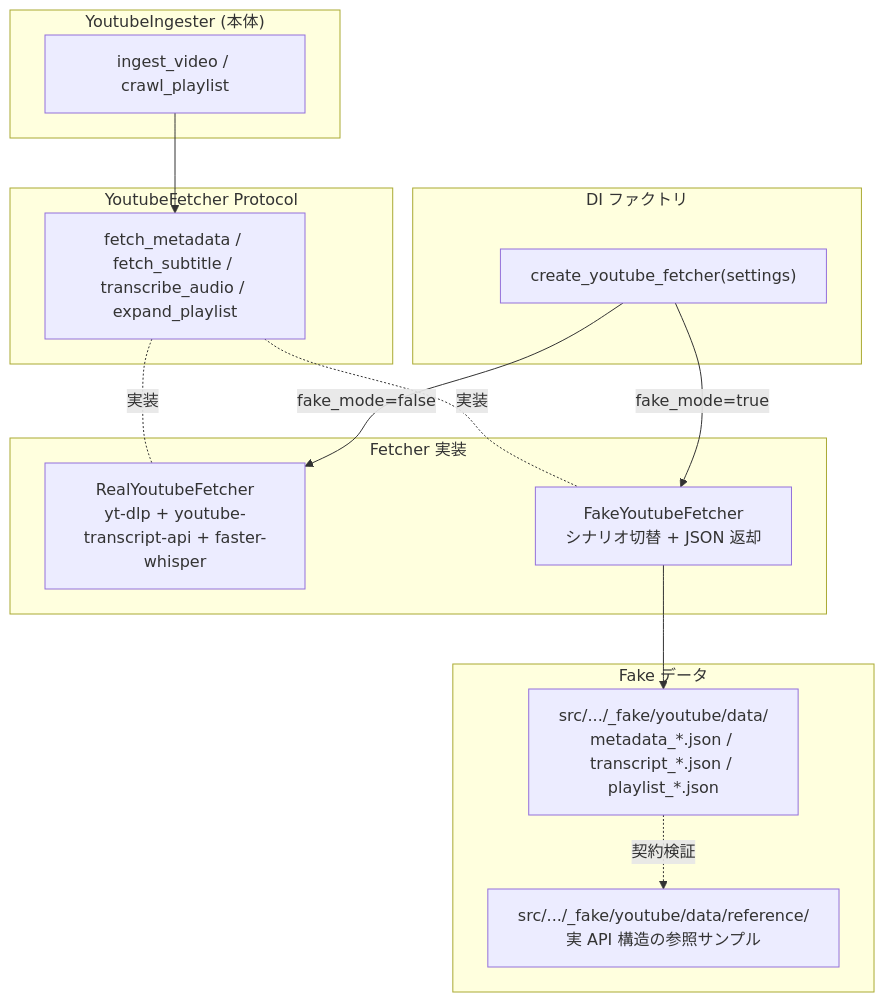
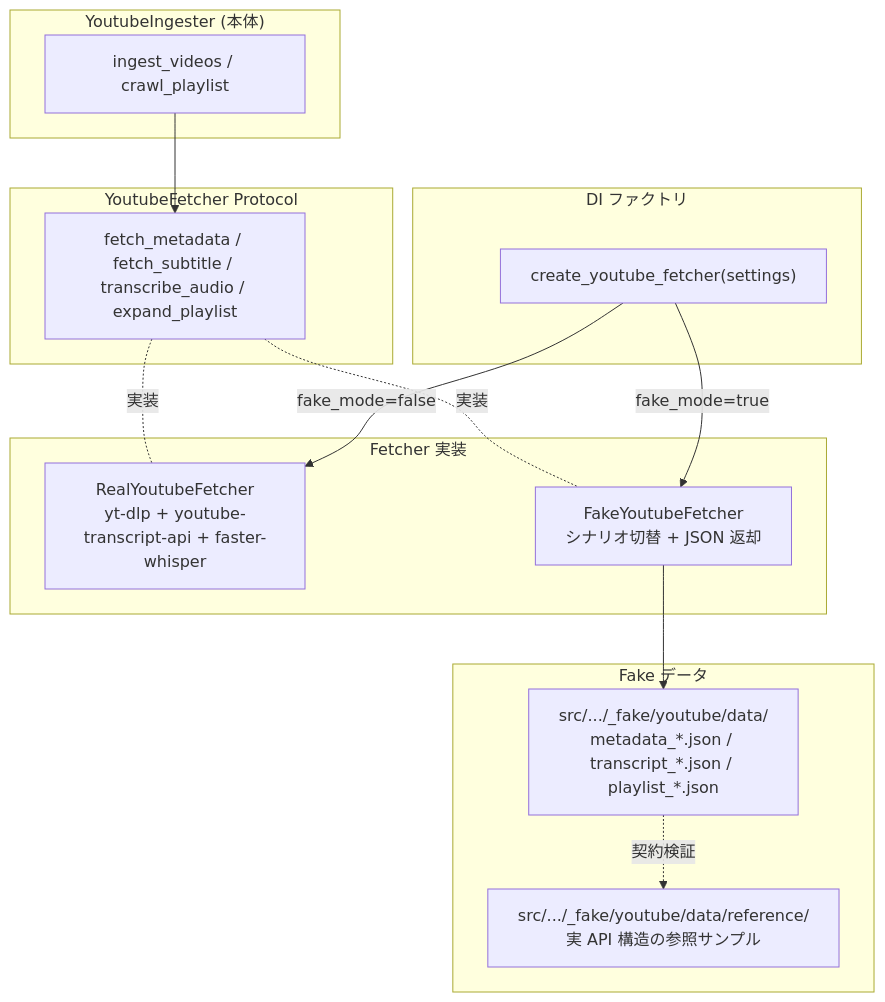
One commit to becky3/rag-knowledge changed the diagram in docs/specs/infrastructure/fake-adapters/youtube.md. Above: the diagram before and after it, drawn with Mermaid. The commit also changed other lines of this file and 9 other files, not shown here.

First line of the commit message:
fix(youtube): YoutubeIngester.ingest_video() 単独呼び出しでの Whisper VRAM 未解放を構造的に解消 (#773)

````diff
--- a/docs/specs/infrastructure/fake-adapters/youtube.md
+++ b/docs/specs/infrastructure/fake-adapters/youtube.md
@@ -179,32 +179,32 @@
 ```mermaid
 flowchart TB
     subgraph Ingester["YoutubeIngester (本体)"]
-        ING["ingest_video / crawl_playlist"]
+        ING["ingest_videos / crawl_playlist"]
     end
 
     subgraph Protocol["YoutubeFetcher Protocol"]
         PROTO["fetch_metadata / fetch_subtitle / transcribe_audio / expand_playlist"]
     end
 
     subgraph Implementations["Fetcher 実装"]
         REAL["RealYoutubeFetcher<br/>yt-dlp + youtube-transcript-api + faster-whisper"]
         FAKE["FakeYoutubeFetcher<br/>シナリオ切替 + JSON 返却"]
     end
 
     subgraph Data["Fake データ"]
         DATA["src/.../_fake/youtube/data/<br/>metadata_*.json / transcript_*.json / playlist_*.json"]
         REF["src/.../_fake/youtube/data/reference/<br/>実 API 構造の参照サンプル"]
     end
 
     subgraph Factory["DI ファクトリ"]
         FAC["create_youtube_fetcher(settings)"]
     end
 
     ING --> PROTO
     PROTO -.実装.- REAL
     PROTO -.実装.- FAKE
     FAKE --> DATA
     DATA -.契約検証.-> REF
     FAC -->|fake_mode=true| FAKE
     FAC -->|fake_mode=false| REAL
 ```
````
